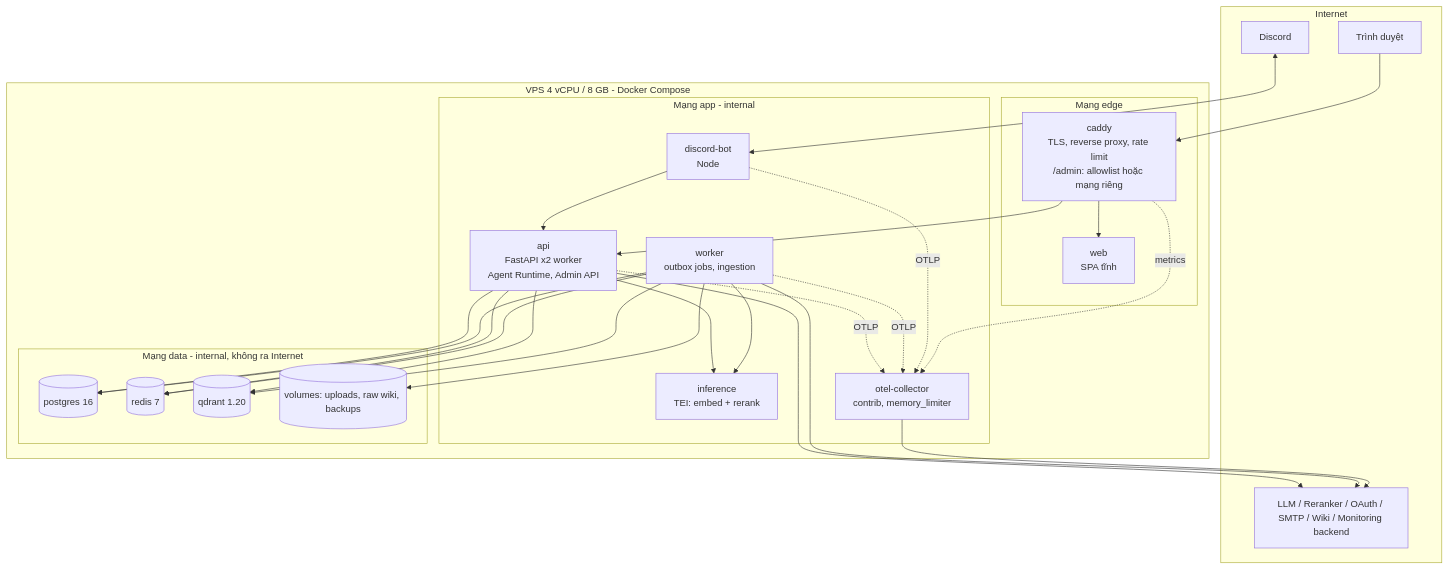
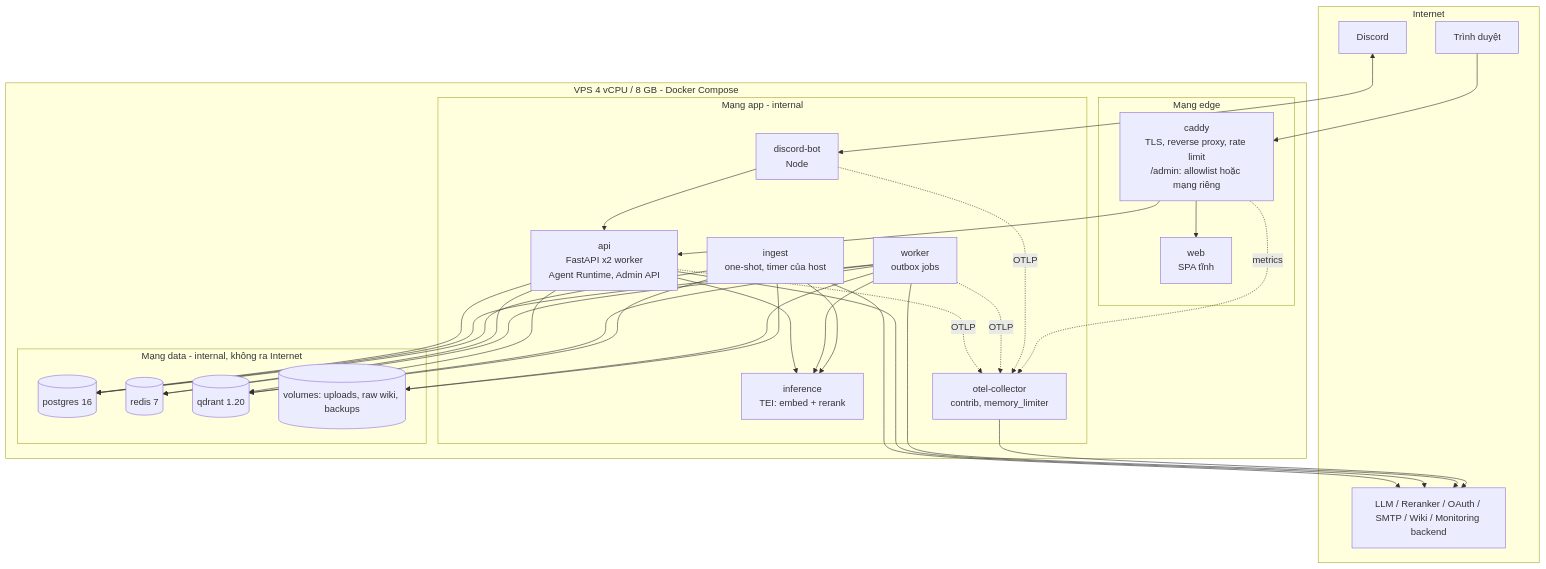
Before and after one commit to HoanBuCon/Kuchiba-Chisa: the third of 23 diagrams in docs/SRS_Chisa_v2_Advanced_Agentic_RAG.md, drawn with Mermaid. The commit also changed other lines of this file and 4 other files, not shown here.

````diff
--- a/docs/SRS_Chisa_v2_Advanced_Agentic_RAG.md
+++ b/docs/SRS_Chisa_v2_Advanced_Agentic_RAG.md
@@ -268,41 +269,44 @@
 ```mermaid
 flowchart TB
   subgraph NET["Internet"]
     U["Trình duyệt"]
     DU["Discord"]
     EXT["LLM / Reranker / OAuth / SMTP / Wiki / Monitoring backend"]
   end
   subgraph VPS["VPS 4 vCPU / 8 GB - Docker Compose"]
     subgraph EDGE["Mạng edge"]
       CADDY["caddy<br/>TLS, reverse proxy, rate limit<br/>/admin: allowlist hoặc mạng riêng"]
       WEB["web<br/>SPA tĩnh"]
     end
     subgraph APPN["Mạng app - internal"]
       API["api<br/>FastAPI x2 worker<br/>Agent Runtime, Admin API"]
-      WRK["worker<br/>outbox jobs, ingestion"]
+      WRK["worker<br/>outbox jobs"]
+      ING["ingest<br/>one-shot, timer của host"]
       BOT["discord-bot<br/>Node"]
       INF["inference<br/>TEI: embed + rerank"]
       OTC["otel-collector<br/>contrib, memory_limiter"]
     end
     subgraph DATAN["Mạng data - internal, không ra Internet"]
       PG[("postgres 16")]
       RD[("redis 7")]
       QD[("qdrant 1.20")]
       FS[("volumes: uploads, raw wiki, backups")]
     end
   end
   U --> CADDY
   CADDY --> WEB
   CADDY --> API
   DU <--> BOT
   BOT --> API
   API --> PG & RD & QD & INF
   WRK --> PG & RD & QD & INF & FS
+  ING --> PG & QD & INF & FS
+  ING --> EXT
   API --> EXT
   WRK --> EXT
   API -. OTLP .-> OTC
   WRK -. OTLP .-> OTC
   BOT -. OTLP .-> OTC
   CADDY -. metrics .-> OTC
   OTC --> EXT
 ```
````
